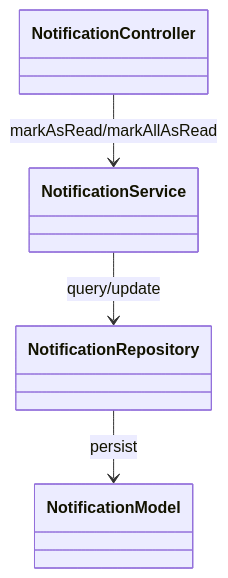
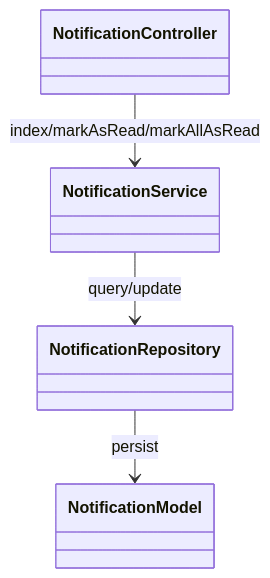
Before and after one commit to widy4aa/BE-SIMPEG-RSKALISAT: the tenth of 20 diagrams in dokumentasi/dokumentasi_app.md, drawn with Mermaid. The commit also changed other lines of this file and 12 other files, not shown here.

````diff
--- a/dokumentasi/dokumentasi_app.md
+++ b/dokumentasi/dokumentasi_app.md
@@ -379,11 +381,11 @@
 ```mermaid
 classDiagram
     class NotificationController
     class NotificationService
     class NotificationRepository
     class NotificationModel
 
-    NotificationController --> NotificationService : markAsRead/markAllAsRead
+	NotificationController --> NotificationService : index/markAsRead/markAllAsRead
     NotificationService --> NotificationRepository : query/update
     NotificationRepository --> NotificationModel : persist
 ```
````
